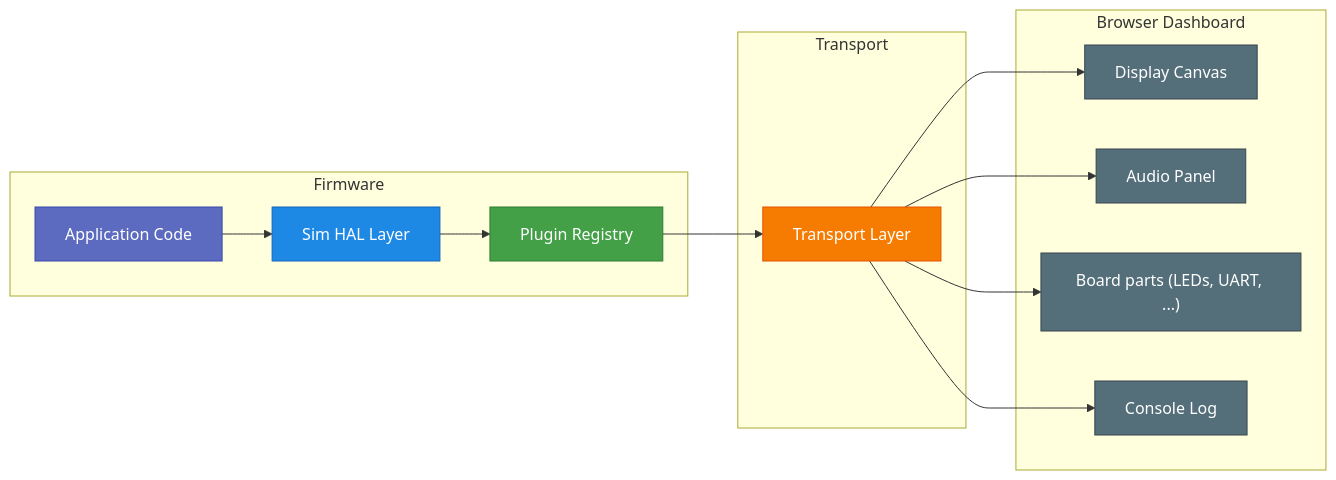
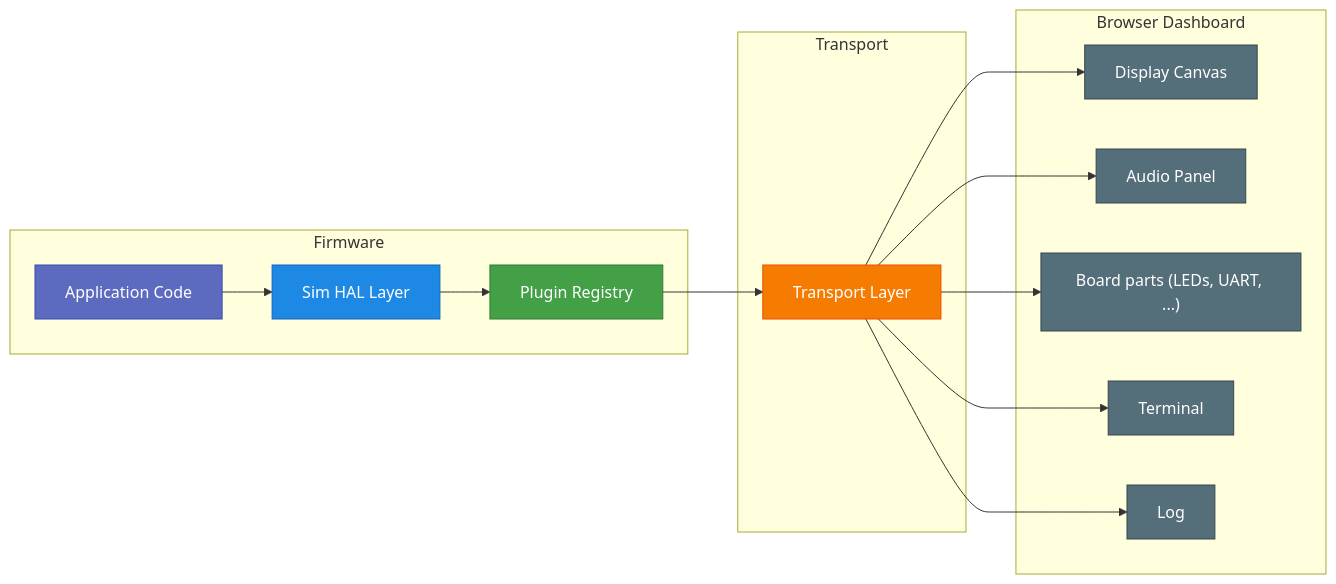
Before and after one commit to Varcain/oveRTOS: the diagram in docs-site/docs/build-system/sim.md, drawn with Mermaid. The commit also changed other lines of this file and 14 other files, not shown here.

````diff
--- a/docs-site/docs/build-system/sim.md
+++ b/docs-site/docs/build-system/sim.md
@@ -10,31 +10,33 @@
 ```mermaid
 flowchart LR
     subgraph Firmware
         APP["Application Code"]
         HAL["Sim HAL Layer"]
         PLUG["Plugin Registry"]
     end
 
     subgraph Transport
         TR["Transport Layer"]
     end
 
     subgraph Dashboard["Browser Dashboard"]
         DISP["Display Canvas"]
         AUDIO["Audio Panel"]
         GPIO_P["Board parts (LEDs, UART, ...)"]
-        CONSOLE["Console Log"]
+        TERM["Terminal"]
+        LOG["Log"]
     end
 
     APP --> HAL --> PLUG --> TR
-    TR --> DISP & AUDIO & GPIO_P & CONSOLE
+    TR --> DISP & AUDIO & GPIO_P & TERM & LOG
 
     style APP fill:#5c6bc0,stroke:#3949ab,color:#fff
     style HAL fill:#1e88e5,stroke:#1565c0,color:#fff
     style PLUG fill:#43a047,stroke:#2e7d32,color:#fff
     style TR fill:#f57c00,stroke:#e65100,color:#fff
     style DISP fill:#546e7a,stroke:#37474f,color:#fff
     style AUDIO fill:#546e7a,stroke:#37474f,color:#fff
     style GPIO_P fill:#546e7a,stroke:#37474f,color:#fff
-    style CONSOLE fill:#546e7a,stroke:#37474f,color:#fff
+    style TERM fill:#546e7a,stroke:#37474f,color:#fff
+    style LOG fill:#546e7a,stroke:#37474f,color:#fff
 ```
````
